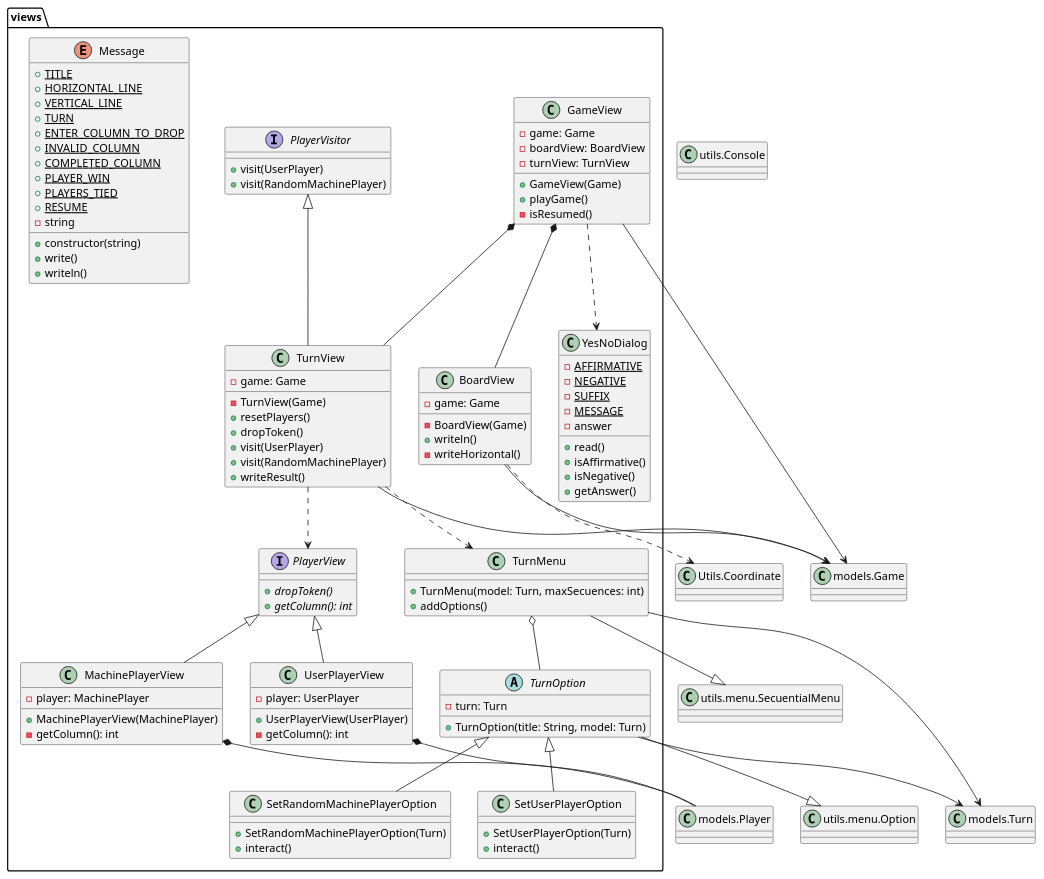
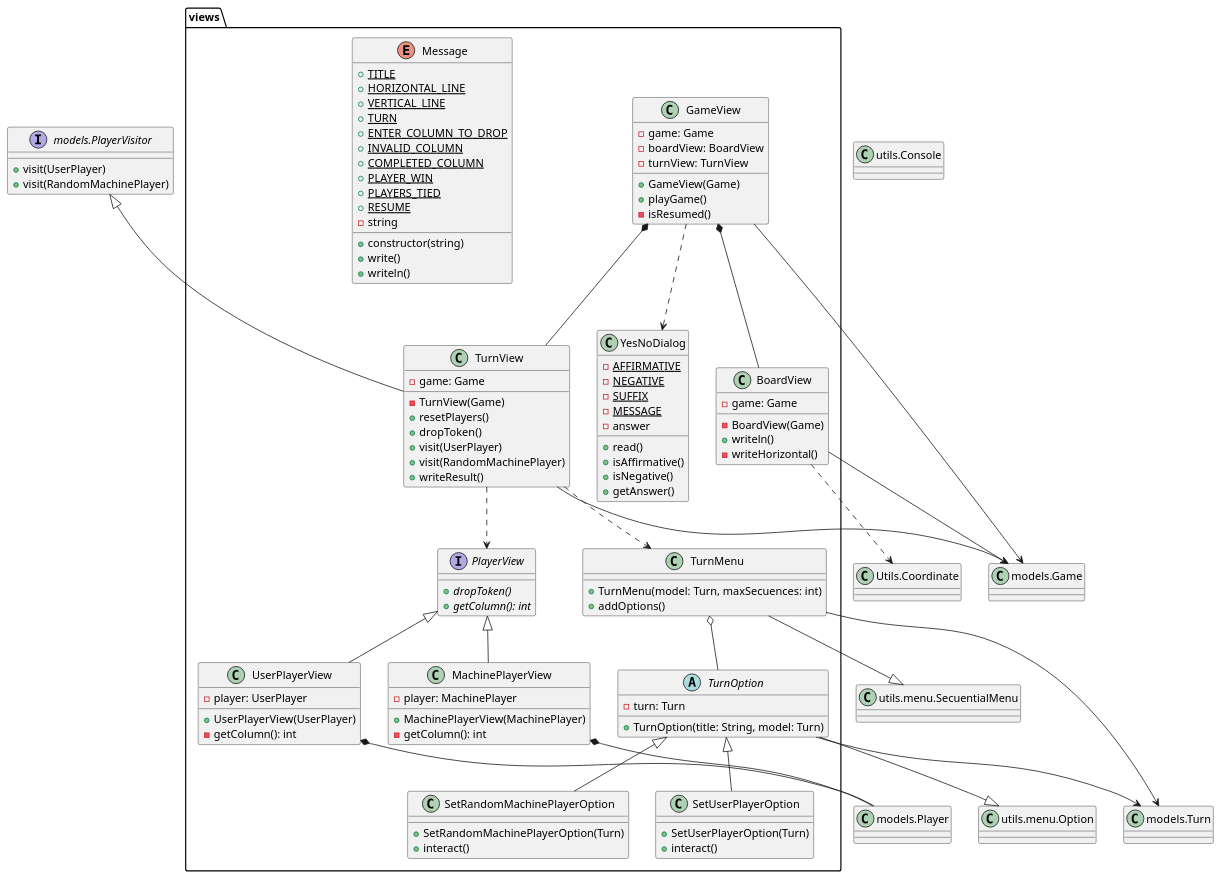
The diagram in connect4/Docs/diagrams/src/packages/connect4.views.plantuml (js-rom/connect4), drawn with PlantUML before and after one commit. The commit also changed 1 other file, not shown here.

Commit message:
refactor(docs): move PlayerVisitor from views to models

```diff
--- a/connect4/Docs/diagrams/src/packages/connect4.views.plantuml
+++ b/connect4/Docs/diagrams/src/packages/connect4.views.plantuml
@@ -1,123 +1,124 @@
 @startuml views
 
 class views.GameView
 class views.BoardView
-interface views.PlayerVisitor
 class views.TurnView
 interface views.PlayerView
 class views.MachinePlayerView
 class views.UserPlayerView
 class views.TurnMenu
 abstract class views.TurnOption
 class views.SetRandomMachinePlayerOption
 class views.SetUserPlayerOption
 enum views.Message
 class views.YesNoDialog
 
 GameView *-- TurnView
 GameView *-- BoardView
 TurnView ..> PlayerView
 PlayerView <|-- UserPlayerView
 PlayerView <|-- MachinePlayerView
 TurnOption <|-- SetRandomMachinePlayerOption
 TurnOption <|-- SetUserPlayerOption
-PlayerVisitor <|-- TurnView
+
 TurnView ..> TurnMenu
 GameView ..> YesNoDialog
 TurnMenu o-- TurnOption
 
 
 class Option as "utils.menu.Option"
 class SecuentialMenu as "utils.menu.SecuentialMenu"
 class Game as "models.Game"
 class Turn as "models.Turn"
 class Coordinate as "Utils.Coordinate"
 class Console as "utils.Console"
 class Player as "models.Player"
+interface PlayerVisitor as "models.PlayerVisitor"
 
 TurnOption --|> Option
 TurnMenu --|> SecuentialMenu
 BoardView --> Game
 BoardView ..> Coordinate
 GameView --> Game
 MachinePlayerView *-- Player
 UserPlayerView *-- Player
 TurnView --> Game
 TurnMenu --> Turn
 TurnOption --> Turn
+PlayerVisitor <|-- TurnView
 
 
 GameView : -game: Game
 GameView : -boardView: BoardView
 GameView : -turnView: TurnView
 GameView : +GameView(Game)
 GameView : +playGame()
 GameView : -isResumed()
 
 TurnView : -game: Game
 TurnView : -TurnView(Game)
 TurnView : +resetPlayers()
 TurnView : +dropToken()
 TurnView : +visit(UserPlayer)
 TurnView : +visit(RandomMachinePlayer)
 TurnView : +writeResult()
 
 BoardView : -game: Game
 BoardView : -BoardView(Game)
 BoardView : +writeln()
 BoardView : -writeHorizontal()
 
 PlayerView : +{abstract}dropToken()
 PlayerView : +{abstract}getColumn(): int
 
 MachinePlayerView : -player: MachinePlayer
 MachinePlayerView : +MachinePlayerView(MachinePlayer)
 MachinePlayerView : -getColumn(): int
 
 UserPlayerView : -player: UserPlayer
 UserPlayerView : +UserPlayerView(UserPlayer)
 UserPlayerView : -getColumn(): int
 
 PlayerVisitor : +visit(UserPlayer)
 PlayerVisitor : +visit(RandomMachinePlayer)
 
 Message : {static} +TITLE
 Message : {static} +HORIZONTAL_LINE
 Message : {static} +VERTICAL_LINE
 Message : {static} +TURN
 Message : {static} +ENTER_COLUMN_TO_DROP
 Message : {static} +INVALID_COLUMN
 Message : {static} +COMPLETED_COLUMN
 Message : {static} +PLAYER_WIN
 Message : {static} +PLAYERS_TIED
 Message : {static} +RESUME
 Message : -string
 Message : +constructor(string)
 Message : +write()
 Message : +writeln()
 
 
 YesNoDialog : {static} -AFFIRMATIVE
 YesNoDialog : {static} -NEGATIVE
 YesNoDialog : {static} -SUFFIX
 YesNoDialog : {static} -MESSAGE
 YesNoDialog : -answer
 YesNoDialog : +read()
 YesNoDialog : +isAffirmative()
 YesNoDialog : +isNegative()
 YesNoDialog : +getAnswer()
 
 TurnMenu : +TurnMenu(model: Turn, maxSecuences: int)
 TurnMenu : +addOptions()
 
 TurnOption : -turn: Turn
 TurnOption : +TurnOption(title: String, model: Turn)
 
 SetRandomMachinePlayerOption : +SetRandomMachinePlayerOption(Turn)
 SetRandomMachinePlayerOption : +interact()
 
 SetUserPlayerOption : +SetUserPlayerOption(Turn)
 SetUserPlayerOption : +interact()
 
 
 @enduml
```
